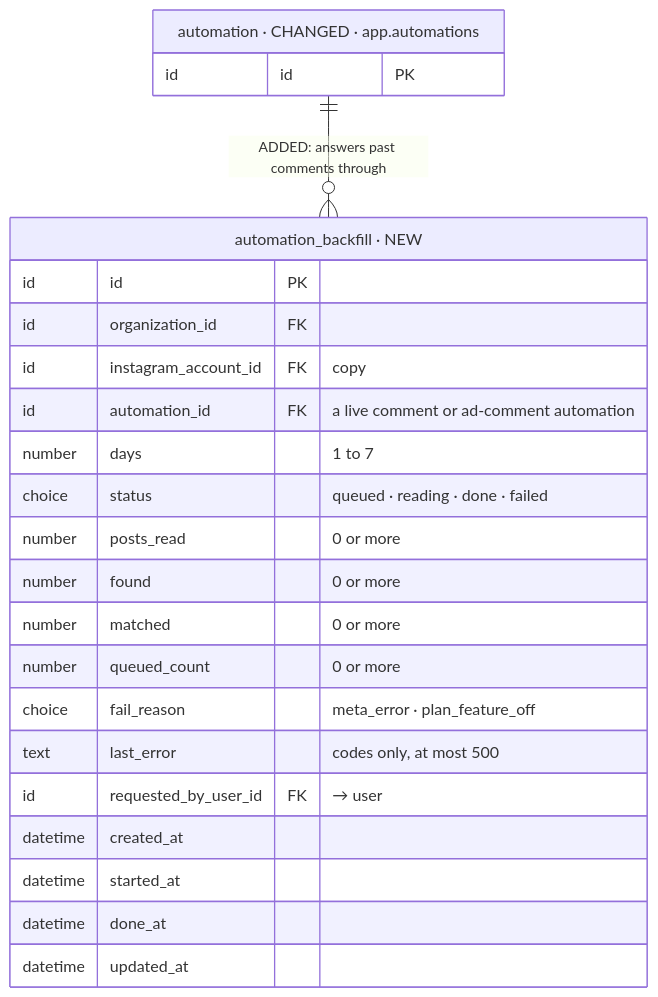
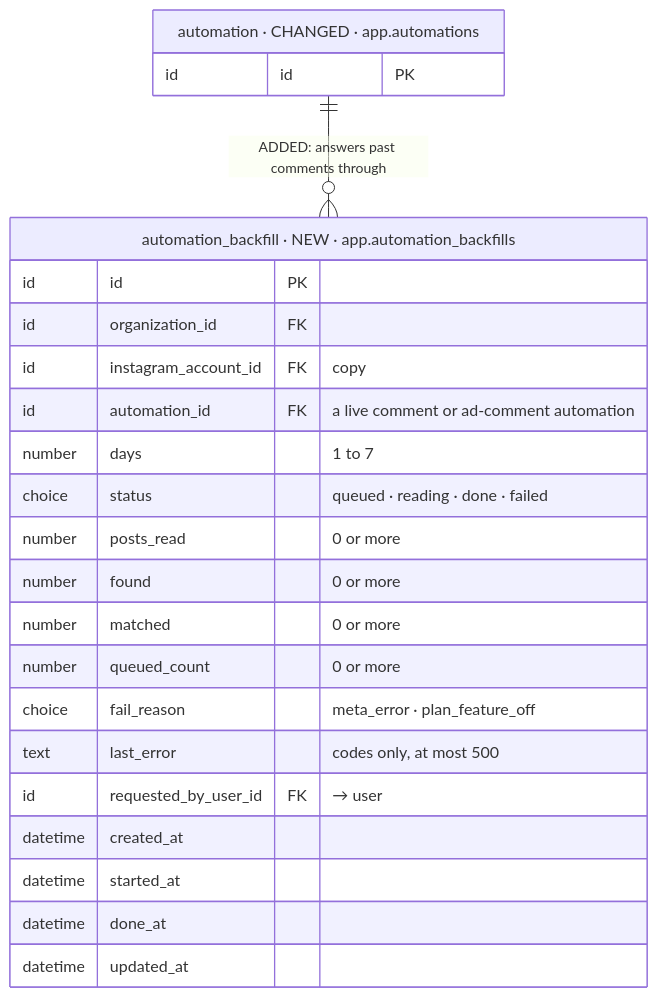
Before and after one commit to albetrios/meepzo-be: diagram 13 of 39 in iterations/feat-instagram-dm-sending-2026-11-23-oxak/plans/db-changes.md, drawn with Mermaid. The commit also changed other lines of this file and 3 other files, not shown here.

````diff
--- a/iterations/feat-instagram-dm-sending-2026-11-23-oxak/plans/db-changes.md
+++ b/iterations/feat-instagram-dm-sending-2026-11-23-oxak/plans/db-changes.md
@@ -642,26 +645,26 @@
 ```mermaid
 erDiagram
-  automation_backfill["automation_backfill · NEW"] {
+  automation_backfill["automation_backfill · NEW · app.automation_backfills"] {
     id id PK
     id organization_id FK
     id instagram_account_id FK "copy"
     id automation_id FK "a live comment or ad-comment automation"
     number days "1 to 7"
     choice status "queued · reading · done · failed"
     number posts_read "0 or more"
     number found "0 or more"
     number matched "0 or more"
     number queued_count "0 or more"
     choice fail_reason "meta_error · plan_feature_off"
     text last_error "codes only, at most 500"
     id requested_by_user_id FK "→ user"
     datetime created_at
     datetime started_at
     datetime done_at
     datetime updated_at
   }
   automation["automation · CHANGED · app.automations"] {
     id id PK
   }
   automation ||--o{ automation_backfill : "ADDED: answers past comments through"
 ```
````
